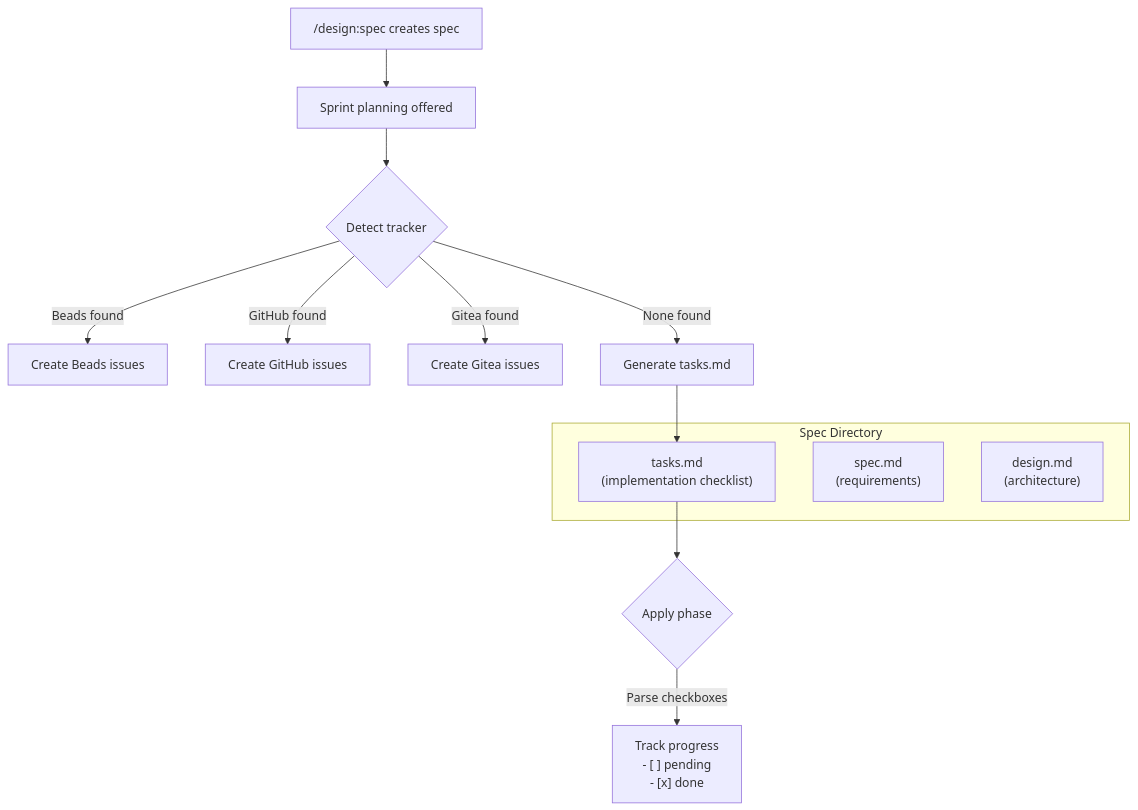
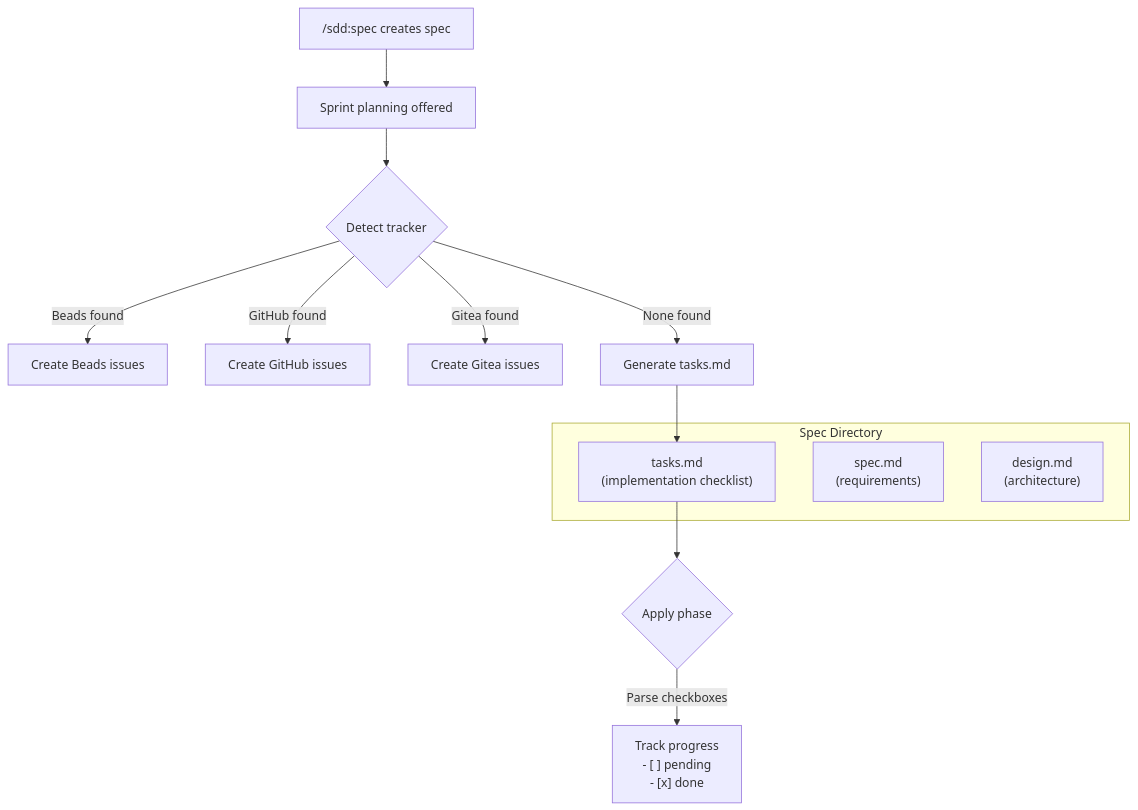
The diagram in docs/adrs/ADR-0007-tasks-md-fallback-for-trackerless-projects.md (joestump/claude-plugin-design), drawn with Mermaid before and after one commit. The commit also changed other lines of this file and 106 other files, not shown here.

First line of the commit message:
Rename plugin: design → sdd (Spec-Driven Development) (#75)

````diff
--- a/docs/adrs/ADR-0007-tasks-md-fallback-for-trackerless-projects.md
+++ b/docs/adrs/ADR-0007-tasks-md-fallback-for-trackerless-projects.md
@@ -82,20 +82,20 @@
 ```mermaid
 flowchart TD
-    A["/design:spec creates spec"] --> B["Sprint planning offered"]
+    A["/sdd:spec creates spec"] --> B["Sprint planning offered"]
     B --> C{"Detect tracker"}
     C -->|Beads found| D["Create Beads issues"]
     C -->|GitHub found| E["Create GitHub issues"]
     C -->|Gitea found| F["Create Gitea issues"]
     C -->|None found| G["Generate tasks.md"]
 
     G --> H["docs/openspec/specs/{name}/tasks.md"]
 
     subgraph "Spec Directory"
         I["spec.md<br/>(requirements)"]
         J["design.md<br/>(architecture)"]
         H["tasks.md<br/>(implementation checklist)"]
     end
 
     H --> K{"Apply phase"}
     K -->|"Parse checkboxes"| L["Track progress<br/>- [ ] pending<br/>- [x] done"]
 ```
````
